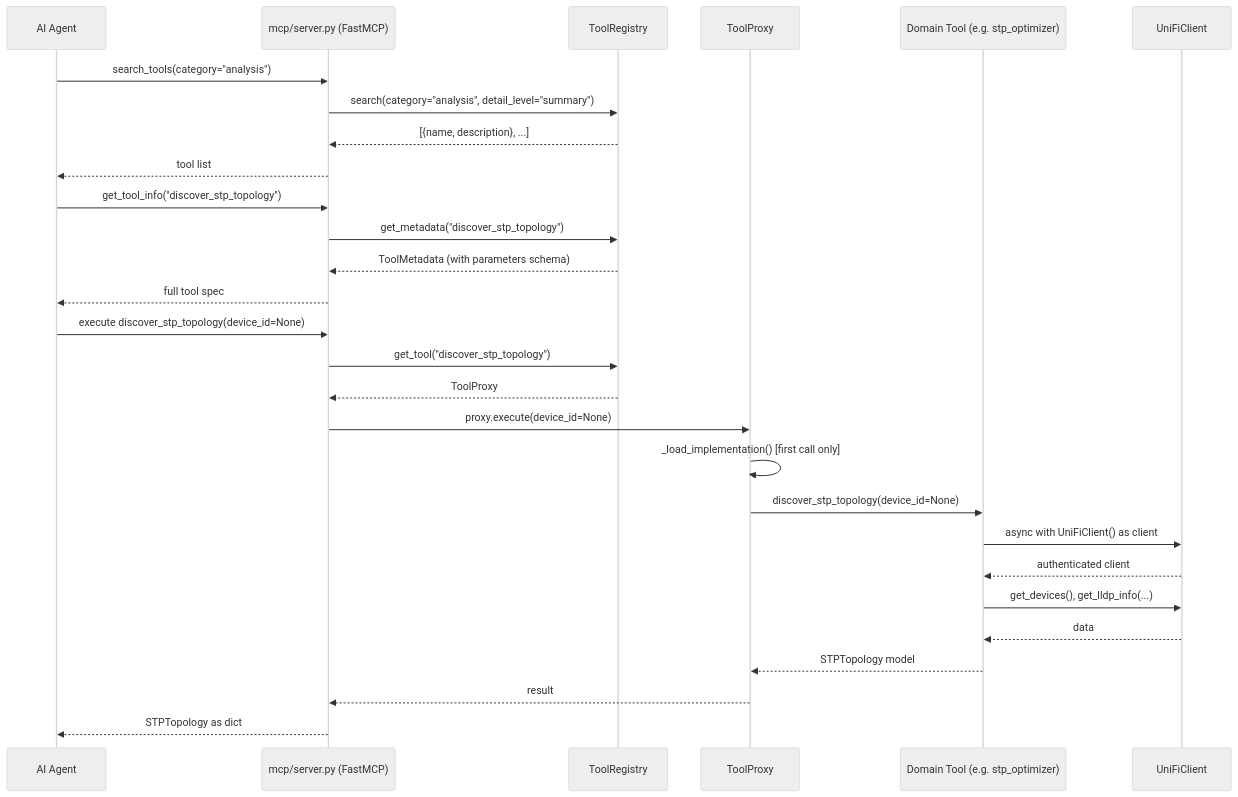
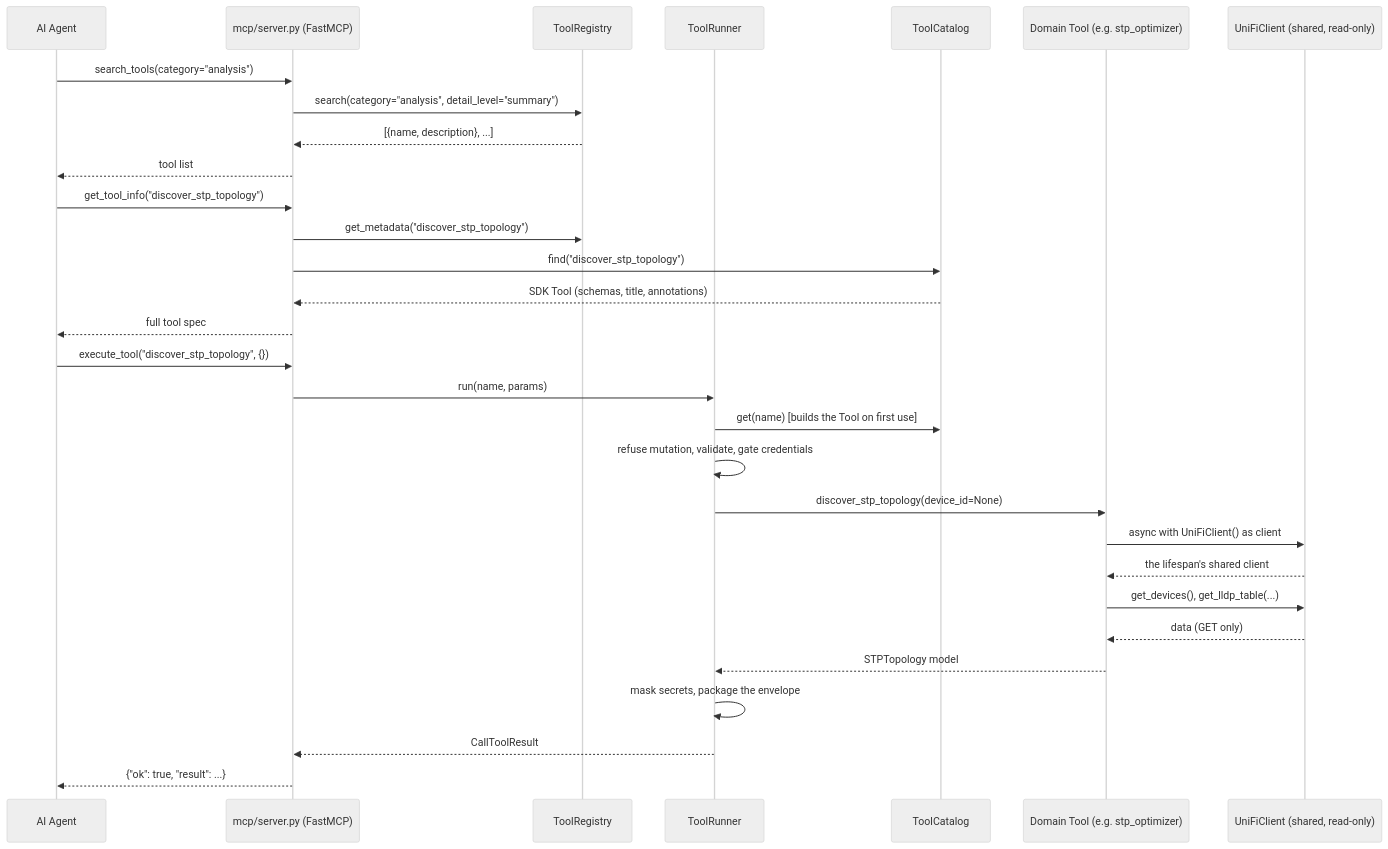
Diagram 15 of 16 in docs/architecture/codemap.md (NetDevAutomate/unifi_management_cli), drawn with Mermaid (neutral theme) before and after one commit. The commit also changed other lines of this file, not shown here.

First line of the commit message:
docs(architecture): refresh the codemap

````diff
--- a/docs/architecture/codemap.md
+++ b/docs/architecture/codemap.md
@@ -1479,33 +1544,35 @@
 ```mermaid
 sequenceDiagram
     participant Agent as AI Agent
     participant MCP as mcp/server.py (FastMCP)
     participant REG as ToolRegistry
-    participant PROXY as ToolProxy
+    participant RUN as ToolRunner
+    participant CAT as ToolCatalog
     participant TOOL as Domain Tool (e.g. stp_optimizer)
-    participant UC as UniFiClient
+    participant UC as UniFiClient (shared, read-only)
 
     Agent->>MCP: search_tools(category="analysis")
     MCP->>REG: search(category="analysis", detail_level="summary")
     REG-->>MCP: [{name, description}, ...]
     MCP-->>Agent: tool list
 
     Agent->>MCP: get_tool_info("discover_stp_topology")
     MCP->>REG: get_metadata("discover_stp_topology")
-    REG-->>MCP: ToolMetadata (with parameters schema)
+    MCP->>CAT: find("discover_stp_topology")
+    CAT-->>MCP: SDK Tool (schemas, title, annotations)
     MCP-->>Agent: full tool spec
 
-    Agent->>MCP: execute discover_stp_topology(device_id=None)
-    MCP->>REG: get_tool("discover_stp_topology")
-    REG-->>MCP: ToolProxy
-    MCP->>PROXY: proxy.execute(device_id=None)
-    PROXY->>PROXY: _load_implementation() [first call only]
-    PROXY->>TOOL: discover_stp_topology(device_id=None)
+    Agent->>MCP: execute_tool("discover_stp_topology", {})
+    MCP->>RUN: run(name, params)
+    RUN->>CAT: get(name) [builds the Tool on first use]
+    RUN->>RUN: refuse mutation, validate, gate credentials
+    RUN->>TOOL: discover_stp_topology(device_id=None)
     TOOL->>UC: async with UniFiClient() as client
-    UC-->>TOOL: authenticated client
-    TOOL->>UC: get_devices(), get_lldp_info(...)
-    UC-->>TOOL: data
-    TOOL-->>PROXY: STPTopology model
-    PROXY-->>MCP: result
-    MCP-->>Agent: STPTopology as dict
+    UC-->>TOOL: the lifespan's shared client
+    TOOL->>UC: get_devices(), get_lldp_table(...)
+    UC-->>TOOL: data (GET only)
+    TOOL-->>RUN: STPTopology model
+    RUN->>RUN: mask secrets, package the envelope
+    RUN-->>MCP: CallToolResult
+    MCP-->>Agent: {"ok": true, "result": ...}
 ```
````
